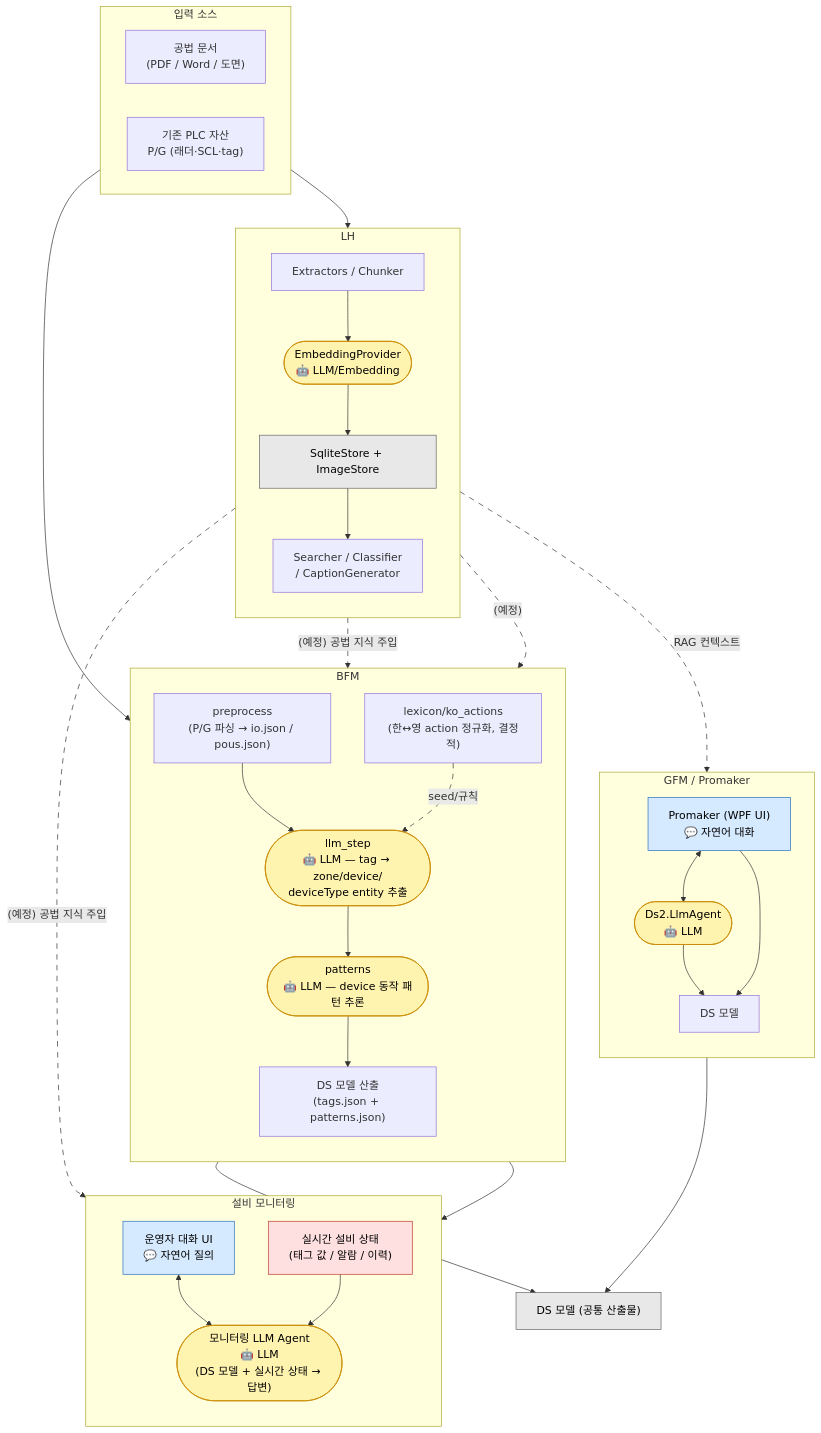
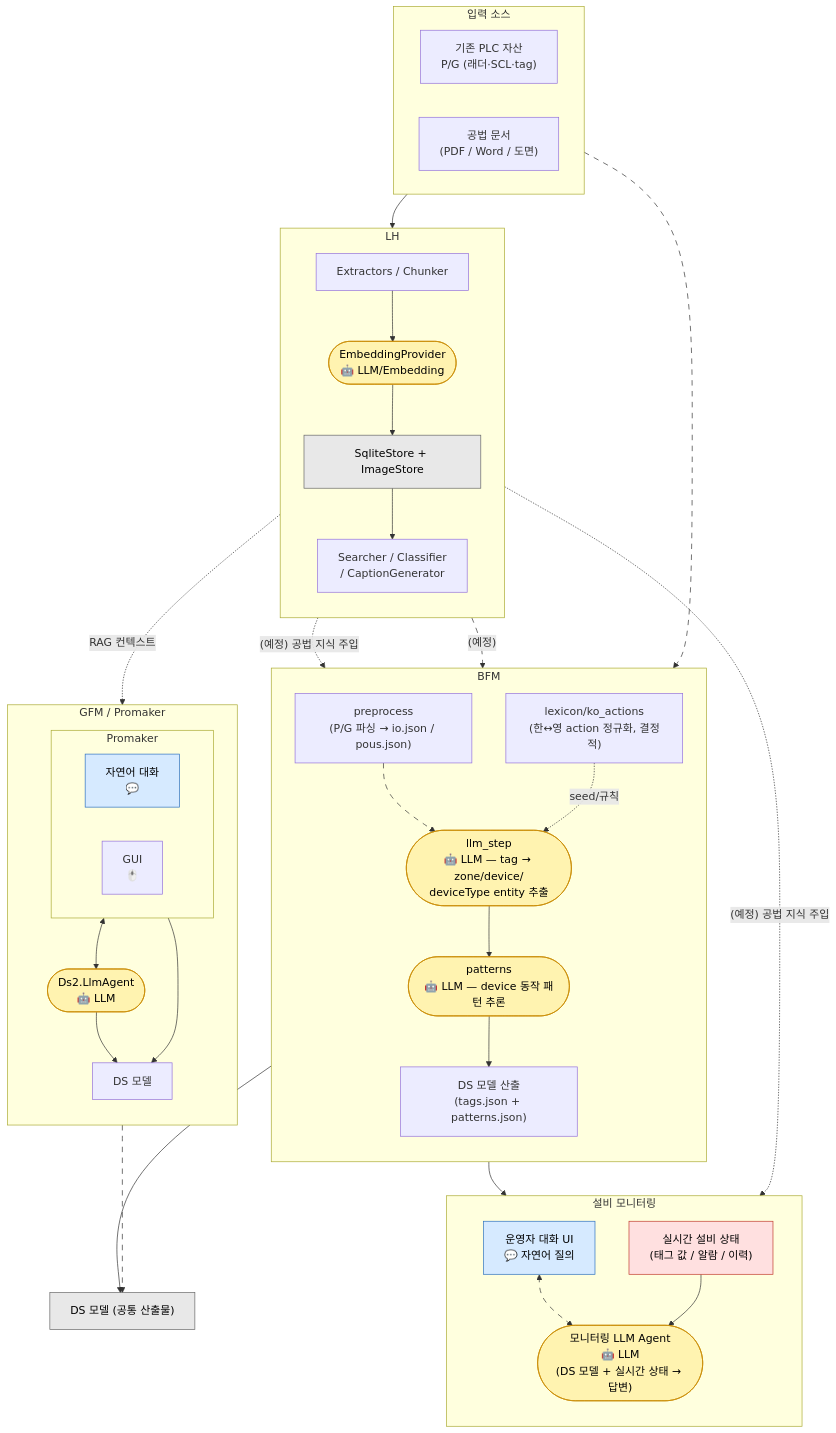
One commit to DualsoftDev/ds2 changed the diagram in Apps/Promaker/Docs/Paper/architecture.md. Above: the diagram before and after it, drawn with Mermaid. The commit also changed other lines of this file, not shown here.

````diff
--- a/Apps/Promaker/Docs/Paper/architecture.md
+++ b/Apps/Promaker/Docs/Paper/architecture.md
@@ -5,8 +10,8 @@
     %% ===== 입력 소스 =====
     subgraph SRC["입력 소스"]
         direction LR
+        PLC["기존 PLC 자산<br/>P/G (래더·SCL·tag)"]
         DOC["공법 문서<br/>(PDF / Word / 도면)"]
-        PLC["기존 PLC 자산<br/>P/G (래더·SCL·tag)"]
     end
 
     %% ===== LH =====
@@ -23,12 +28,16 @@
     %% ===== GFM =====
     subgraph GFM["GFM / Promaker"]
         direction TB
-        PRM["Promaker (WPF UI)<br/>💬 자연어 대화"]
+        subgraph PRM["Promaker"]
+            direction LR
+            PRM_NL["자연어 대화<br/>💬"]
+            PRM_GUI["GUI<br/>🖱️"]
+        end
         LLA_G(["Ds2.LlmAgent<br/>🤖 LLM"])
         DS_G["DS 모델"]
-        PRM <--> LLA_G
+        PRM_NL <--> LLA_G
         LLA_G --> DS_G
-        PRM --> DS_G
+        PRM_GUI --> DS_G
     end
     LH_SRCH -. "RAG 컨텍스트" .-> LLA_G
 
@@ -63,16 +72,19 @@
     DS_G --> OUT["DS 모델 (공통 산출물)"]
     DS_B --> OUT
 
+    %% layout hint: BFM 결과물을 받는 ORA 를 BFM 하단에 배치
+    BFM ~~~ ORA
+
     classDef llm fill:#fff3b0,stroke:#c98a00,color:#000;
     classDef nl  fill:#d6eaff,stroke:#2a6fbf,color:#000;
     classDef store fill:#e8e8e8,stroke:#666,color:#000;
     classDef rt fill:#ffe0e0,stroke:#c0392b,color:#000;
     class LH_EMB,LLA_G,S4,S6,ORA_LLM llm;
-    class PRM,ORA_CHAT nl;
+    class PRM_NL,ORA_CHAT nl;
     class LH_STORE,OUT store;
     class ORA_STATE rt;
 
     %% 점선 edge 만 dash/gap 길이 확장 (실선과 시각적 구분 강화)
-    %% index: 7=RAG 컨텍스트, 11=seed/규칙, 13/14=LH→BFM(예정), 18=LH→Oracle(예정)
-    linkStyle 7,11,13,14,18 stroke-dasharray: 8 8;
+    %% index: 8=RAG 컨텍스트, 12=seed/규칙, 14/15=LH→BFM(예정), 19=LH→Oracle(예정)
+    linkStyle 8,12,14,15,19 stroke-dasharray: 8 8;
 ```
````
